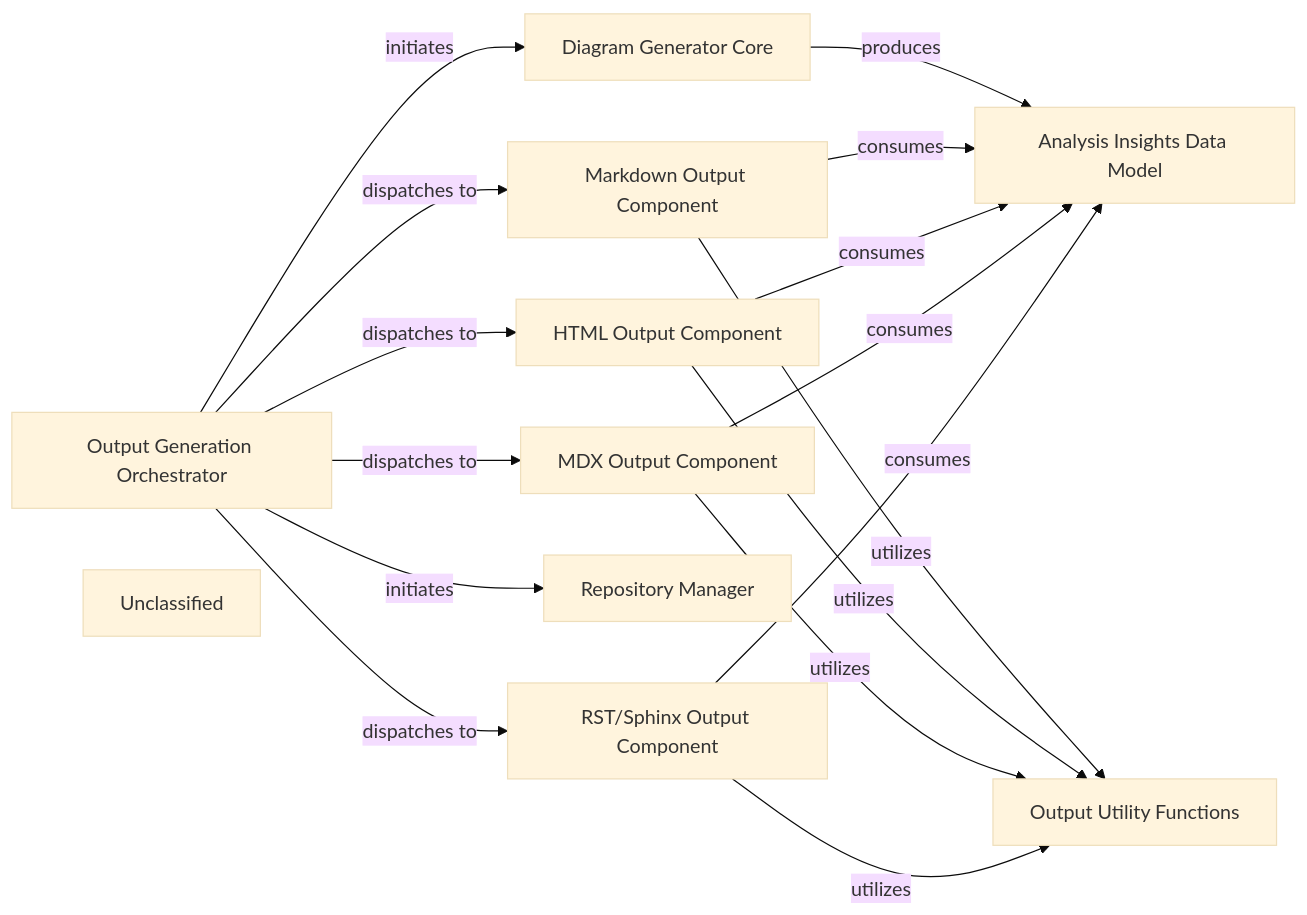
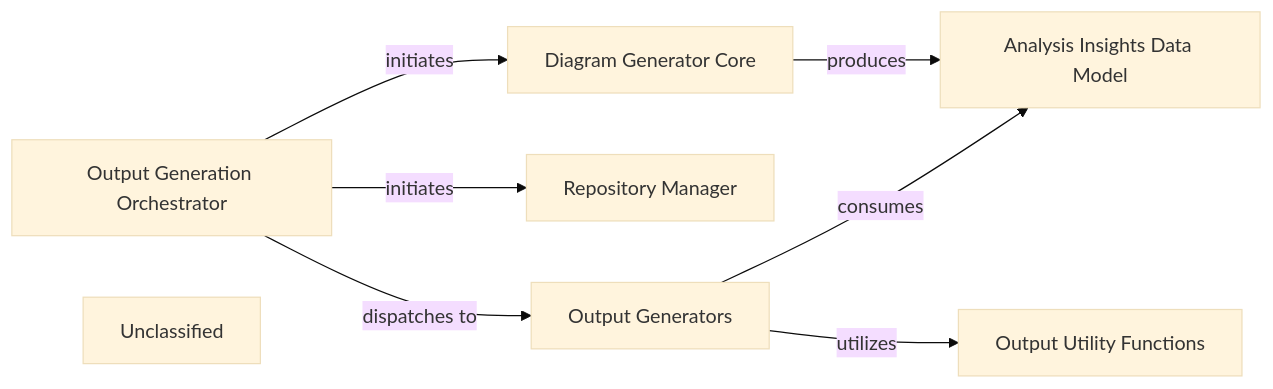
Before and after one commit to mariyam866/CodeBoarding: the diagram in .codeboarding/Output_Generation_Engine.md, drawn with Mermaid (base theme). The commit also changed other lines of this file and 11 other files, not shown here.

First line of the commit message:
docs: update codeboarding documentation and generate architecture

````diff
--- a/.codeboarding/Output_Generation_Engine.md
+++ b/.codeboarding/Output_Generation_Engine.md
@@ -1,29 +1,18 @@
 ```mermaid
 graph LR
     Output_Generation_Orchestrator["Output Generation Orchestrator"]
-    Markdown_Output_Component["Markdown Output Component"]
-    HTML_Output_Component["HTML Output Component"]
-    MDX_Output_Component["MDX Output Component"]
-    RST_Sphinx_Output_Component["RST/Sphinx Output Component"]
+    Output_Generators["Output Generators"]
     Repository_Manager["Repository Manager"]
     Diagram_Generator_Core["Diagram Generator Core"]
     Analysis_Insights_Data_Model["Analysis Insights Data Model"]
     Output_Utility_Functions["Output Utility Functions"]
     Unclassified["Unclassified"]
+    Unclassified["Unclassified"]
     Output_Generation_Orchestrator -- "initiates" --> Repository_Manager
     Output_Generation_Orchestrator -- "initiates" --> Diagram_Generator_Core
-    Output_Generation_Orchestrator -- "dispatches to" --> Markdown_Output_Component
-    Output_Generation_Orchestrator -- "dispatches to" --> HTML_Output_Component
-    Output_Generation_Orchestrator -- "dispatches to" --> MDX_Output_Component
-    Output_Generation_Orchestrator -- "dispatches to" --> RST_Sphinx_Output_Component
+    Output_Generation_Orchestrator -- "dispatches to" --> Output_Generators
     Diagram_Generator_Core -- "produces" --> Analysis_Insights_Data_Model
-    Markdown_Output_Component -- "consumes" --> Analysis_Insights_Data_Model
-    HTML_Output_Component -- "consumes" --> Analysis_Insights_Data_Model
-    MDX_Output_Component -- "consumes" --> Analysis_Insights_Data_Model
-    RST_Sphinx_Output_Component -- "consumes" --> Analysis_Insights_Data_Model
-    Markdown_Output_Component -- "utilizes" --> Output_Utility_Functions
-    HTML_Output_Component -- "utilizes" --> Output_Utility_Functions
-    MDX_Output_Component -- "utilizes" --> Output_Utility_Functions
-    RST_Sphinx_Output_Component -- "utilizes" --> Output_Utility_Functions
+    Output_Generators -- "consumes" --> Analysis_Insights_Data_Model
+    Output_Generators -- "utilizes" --> Output_Utility_Functions
     click Repository_Manager href "https://github.com/CodeBoarding/CodeBoarding/blob/main/.codeboarding/Repository_Manager.md" "Details"
 ```
````
